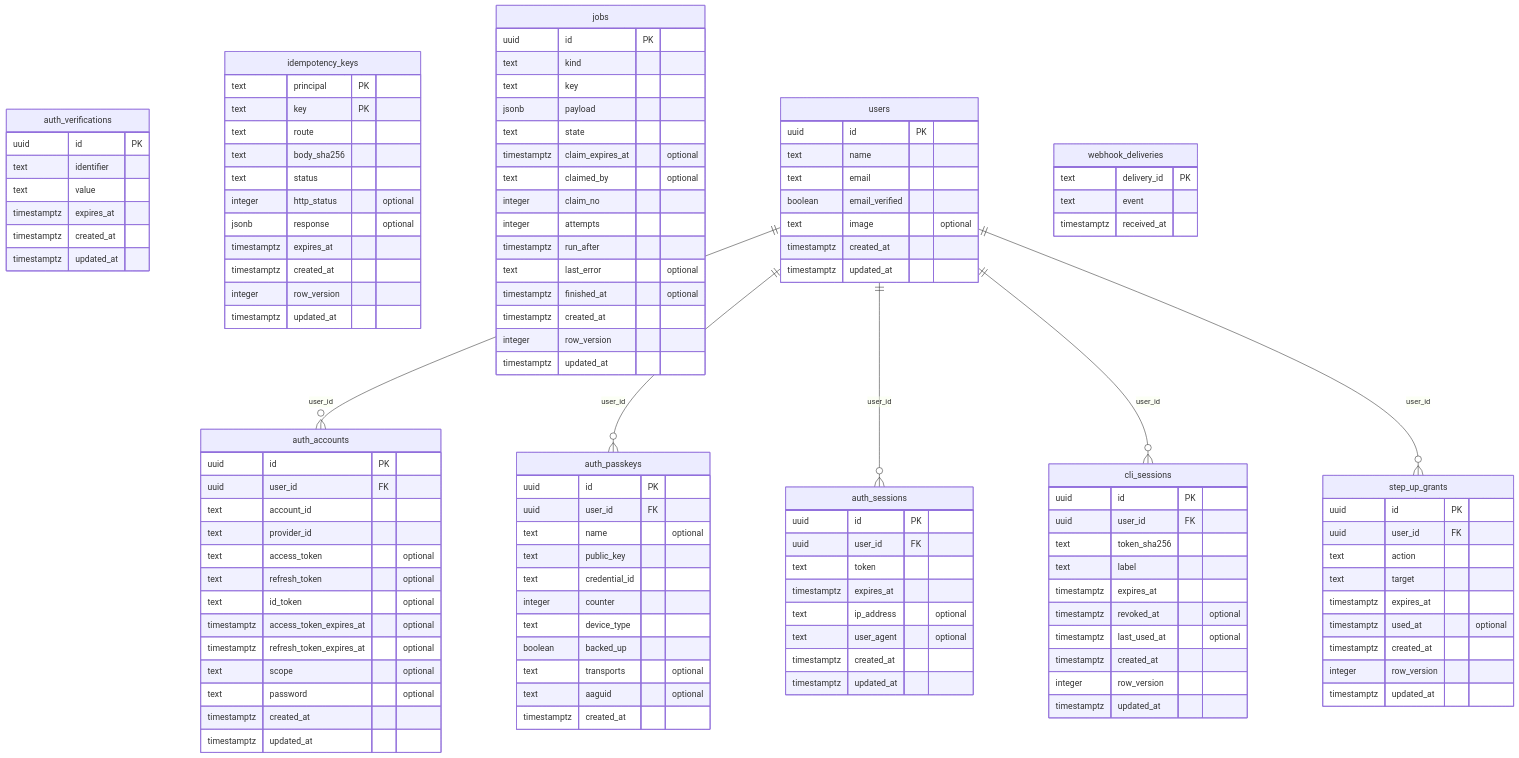
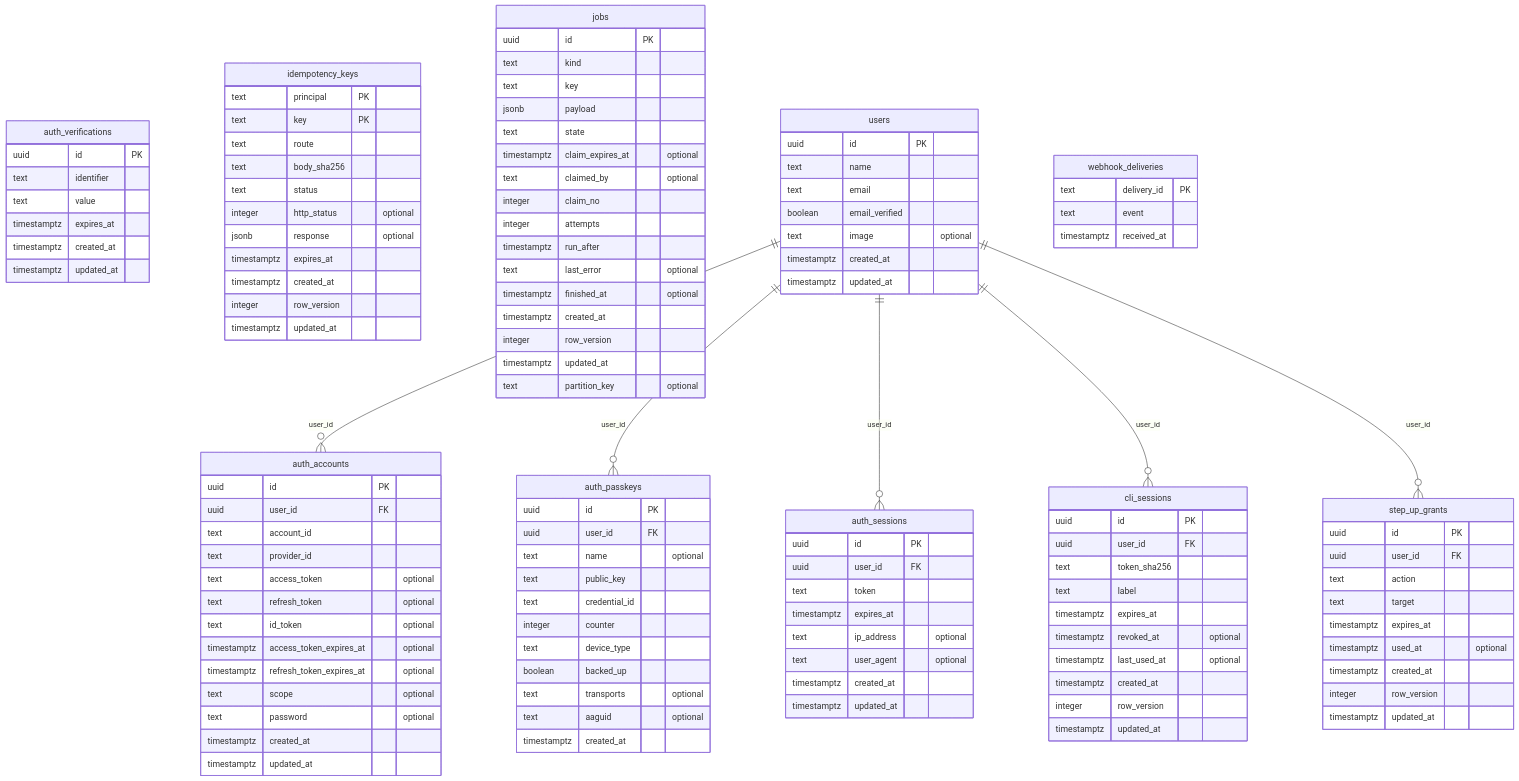
The first of 18 diagrams in docs/generated/erd.md (Avel-org/avel-factory), drawn with Mermaid before and after one commit. The commit also changed 9 other files, not shown here.

First line of the commit message:
feat(db): jobs.partition_key and jobs_one_claimed_per_partition_uq (CR-44)

```diff
--- a/docs/generated/erd.md
+++ b/docs/generated/erd.md
@@ -126,6 +126,7 @@
     timestamptz created_at
     integer row_version
     timestamptz updated_at
+    text partition_key "optional"
   }
   step_up_grants {
     uuid id PK
```
